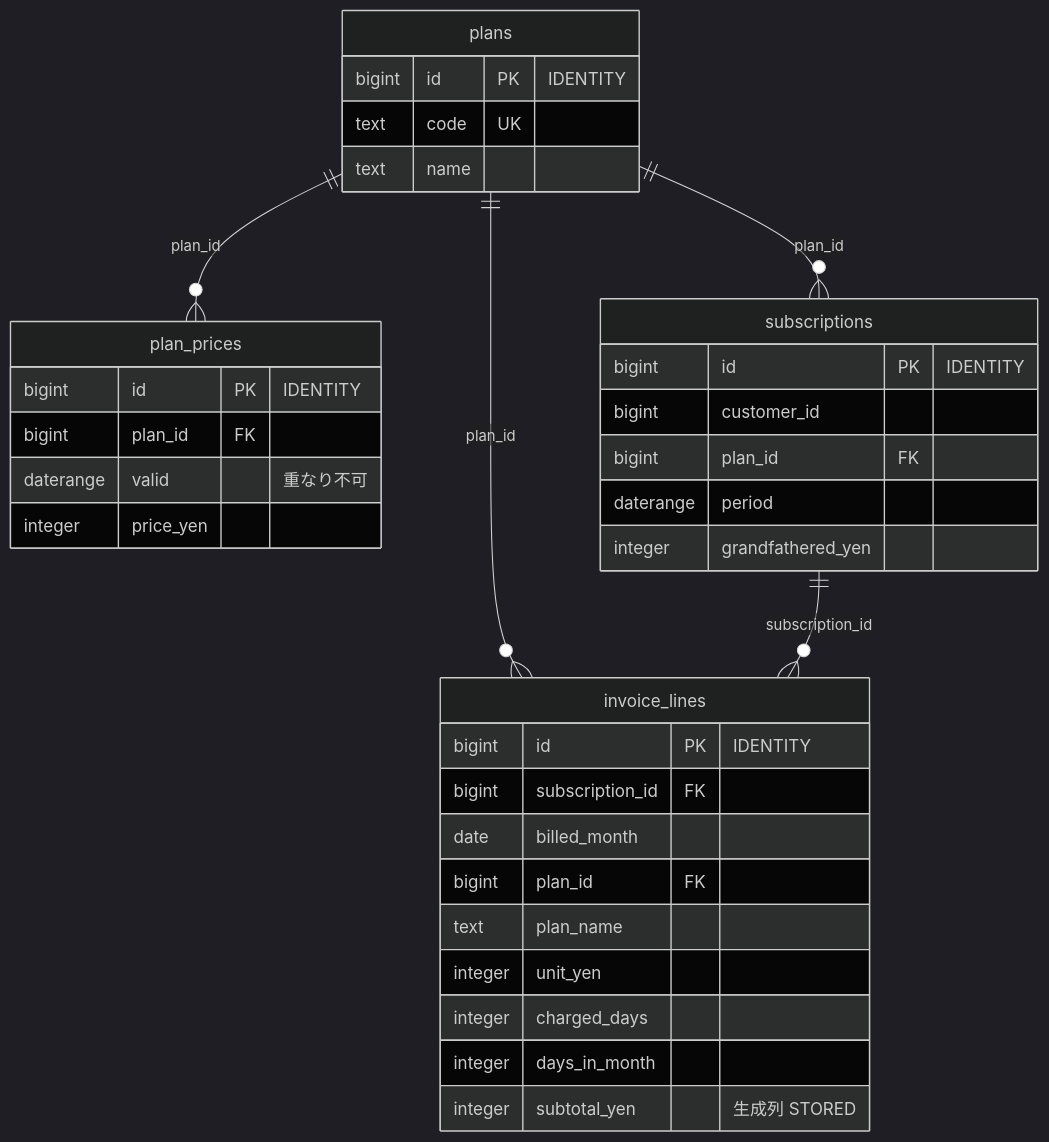
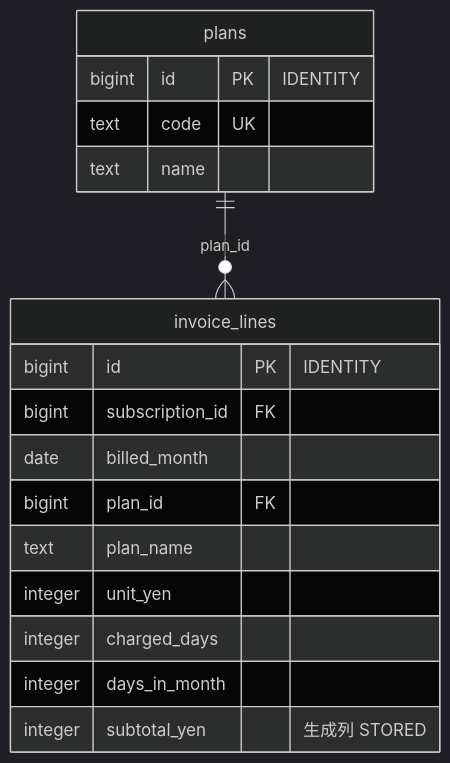
One commit to driftnode986/postgresql-db-design-samples changed the third of 8 diagrams in ch08_subscription_pricing_and_billing/README.md. Above: the diagram before and after it, drawn with Mermaid (dark theme). The commit also changed other lines of this file and 15 other files, not shown here.

First line of the commit message:
docs: 設計案の構成図を縦並びにし、幅の広い ER 図を分けて、GitHub で縮まない大きさにする

````diff
--- a/ch08_subscription_pricing_and_billing/README.md
+++ b/ch08_subscription_pricing_and_billing/README.md
@@ -69,36 +68,20 @@
 ```mermaid
 erDiagram
   invoice_lines {
     bigint id PK "IDENTITY"
     bigint subscription_id FK
     date billed_month
     bigint plan_id FK
     text plan_name
     integer unit_yen
     integer charged_days
     integer days_in_month
     integer subtotal_yen "生成列 STORED"
   }
-  plan_prices {
-    bigint id PK "IDENTITY"
-    bigint plan_id FK
-    daterange valid "重なり不可"
-    integer price_yen
-  }
   plans {
     bigint id PK "IDENTITY"
     text code UK
     text name
   }
-  subscriptions {
-    bigint id PK "IDENTITY"
-    bigint customer_id
-    bigint plan_id FK
-    daterange period
-    integer grandfathered_yen
-  }
   plans ||--o{ invoice_lines : "plan_id"
-  subscriptions ||--o{ invoice_lines : "subscription_id"
-  plans ||--o{ plan_prices : "plan_id"
-  plans ||--o{ subscriptions : "plan_id"
 ```
````
